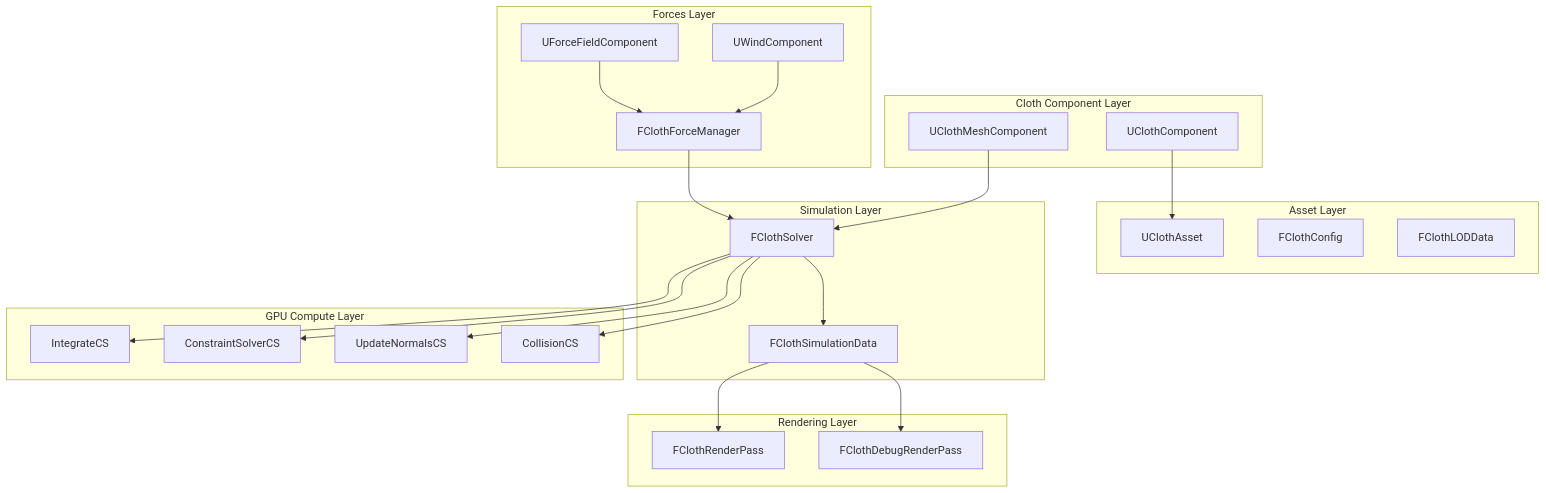
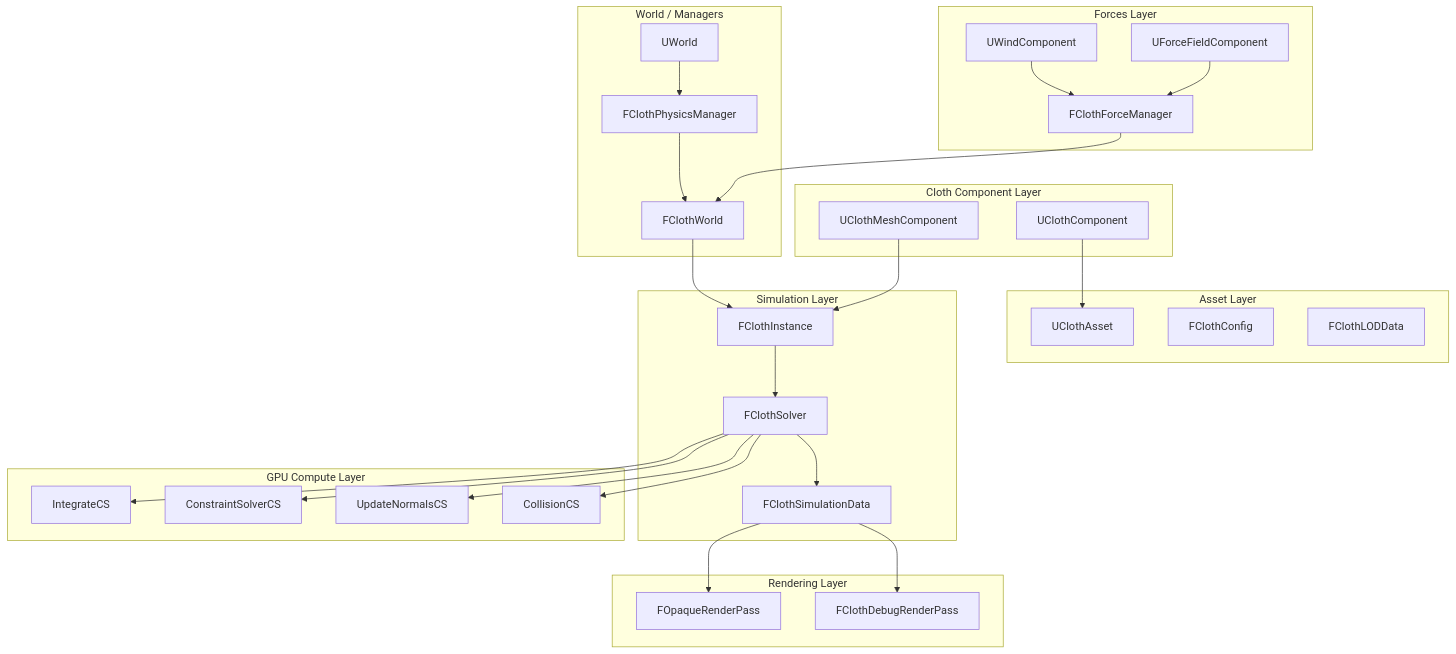
Before and after one commit to choux-croquant/GTL_1st_cohort: the first of 4 diagrams in plans/cloth-simulation-architecture.md, drawn with Mermaid.

Commit message:
Update cloth simulation architecture diagram

````diff
--- a/plans/cloth-simulation-architecture.md
+++ b/plans/cloth-simulation-architecture.md
@@ -13,49 +13,64 @@
 ```mermaid
 graph TB
+    subgraph "World / Managers"
+        World[UWorld]
+        ClothPhysMgr[FClothPhysicsManager]
+        ClothWorld[FClothWorld]
+    end
+
     subgraph "Cloth Component Layer"
         ClothComp[UClothComponent]
         ClothMeshComp[UClothMeshComponent]
     end
     
     subgraph "Asset Layer"
         ClothAsset[UClothAsset]
         ClothConfig[FClothConfig]
         ClothLOD[FClothLODData]
     end
     
     subgraph "Simulation Layer"
+        ClothInstance[FClothInstance]
         ClothSolver[FClothSolver]
         ClothSimData[FClothSimulationData]
     end
     
     subgraph "GPU Compute Layer"
         IntegrateCS[IntegrateCS]
         ConstraintCS[ConstraintSolverCS]
         NormalCS[UpdateNormalsCS]
         CollisionCS[CollisionCS]
     end
     
     subgraph "Forces Layer"
         ForceManager[FClothForceManager]
         WindComp[UWindComponent]
         ForceField[UForceFieldComponent]
     end
     
     subgraph "Rendering Layer"
-        ClothRenderPass[FClothRenderPass]
+        OpaquePass[FOpaqueRenderPass]
         ClothDebugPass[FClothDebugRenderPass]
     end
     
+    World --> ClothPhysMgr
+    ClothPhysMgr --> ClothWorld
+    ClothWorld --> ClothInstance
+    ClothInstance --> ClothSolver
+    
     ClothComp --> ClothAsset
-    ClothMeshComp --> ClothSolver
+    ClothMeshComp --> ClothInstance
+
     ClothSolver --> ClothSimData
     ClothSolver --> IntegrateCS
     ClothSolver --> ConstraintCS
     ClothSolver --> NormalCS
     ClothSolver --> CollisionCS
-    ForceManager --> ClothSolver
+    
+    ForceManager --> ClothWorld
     WindComp --> ForceManager
     ForceField --> ForceManager
-    ClothSimData --> ClothRenderPass
+    
+    ClothSimData --> OpaquePass
     ClothSimData --> ClothDebugPass
 ```
````
